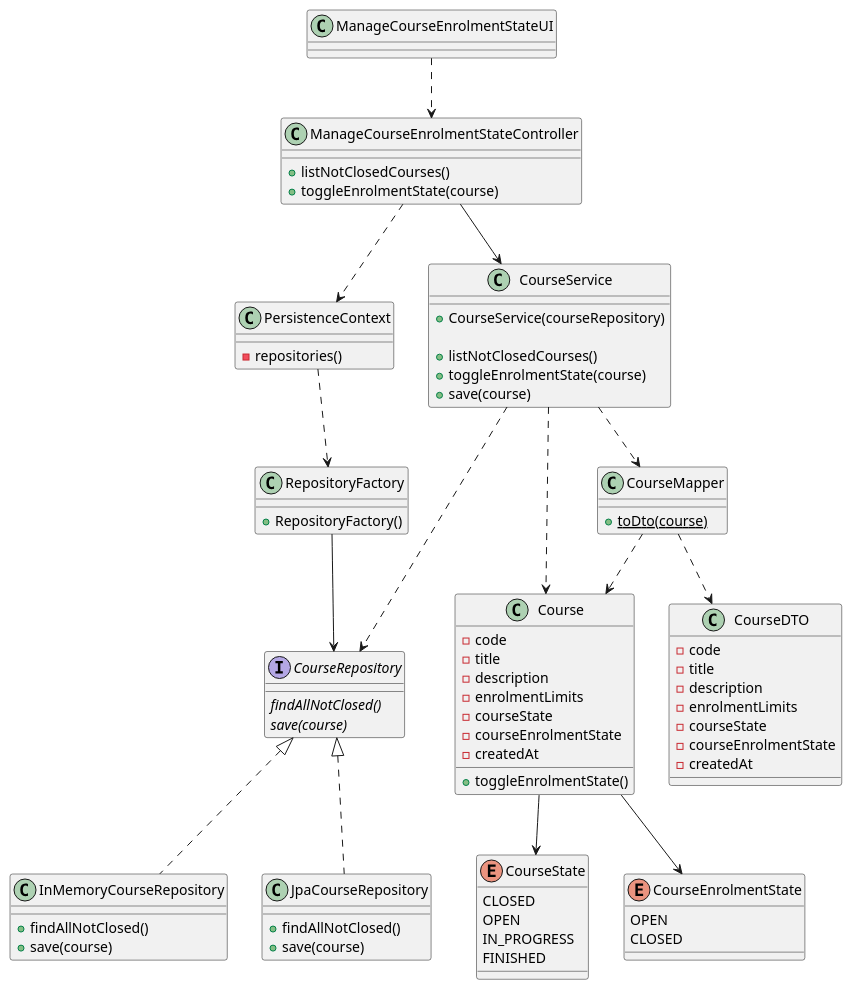
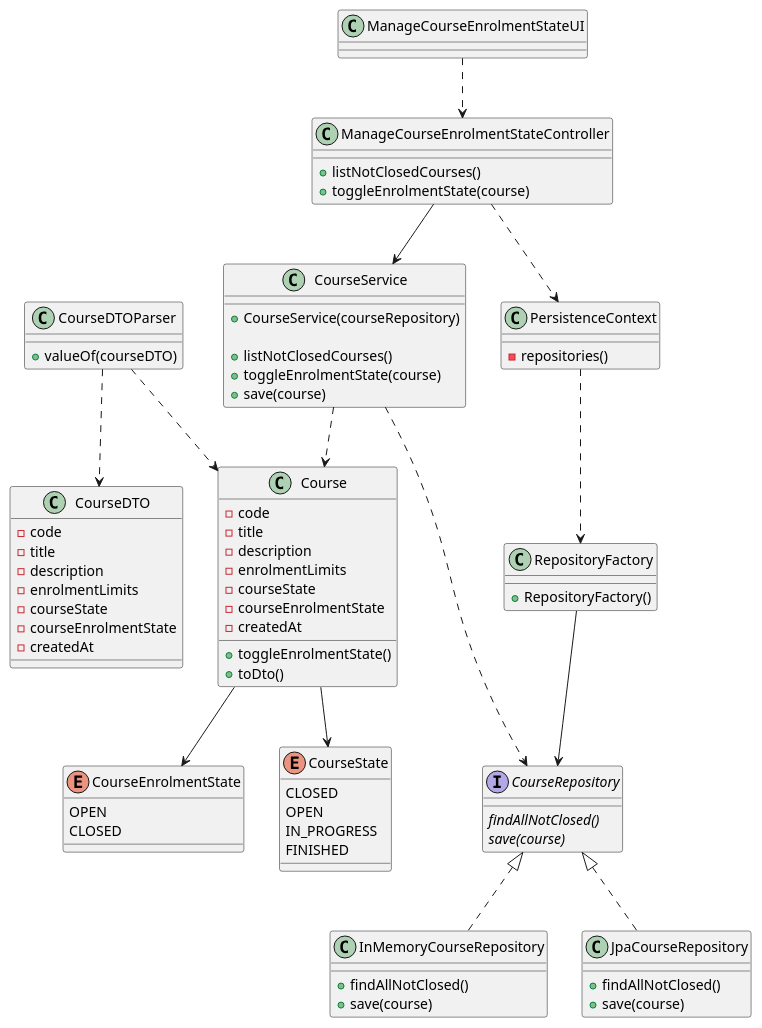
The diagram in docs/sprint-b/us09-1003/US1003_CD.puml (miseEnPlace-dev/lapr4), drawn with PlantUML before and after one commit. The commit also changed 13 other files, not shown here.

```diff
--- a/docs/sprint-b/us09-1003/US1003_CD.puml
+++ b/docs/sprint-b/us09-1003/US1003_CD.puml
@@ -1,98 +1,98 @@
 @startuml US1003_CD
 
 class RepositoryFactory {
   + RepositoryFactory()
 }
 
 interface CourseRepository {
   {abstract} findAllNotClosed()
   {abstract} save(course)
 }
 
 class InMemoryCourseRepository {
   + findAllNotClosed()
   + save(course)
 }
 
 class JpaCourseRepository {
   + findAllNotClosed()
   + save(course)
 }
 
 class PersistenceContext {
   - repositories()
 }
 
 class CourseService {
   + CourseService(courseRepository)
 
   + listNotClosedCourses()
   + toggleEnrolmentState(course)
   + save(course)
 }
 
 class ManageCourseEnrolmentStateUI {}
 
 class ManageCourseEnrolmentStateController {
   + listNotClosedCourses()
   + toggleEnrolmentState(course)
 }
 
 class Course {
   - code
   - title
   - description
   - enrolmentLimits
   - courseState
   - courseEnrolmentState
   - createdAt
 
   + toggleEnrolmentState()
-}
-
-class CourseMapper {
-  + {static} toDto(course)
+  + toDto()
 }
 
 enum CourseState {
   CLOSED
   OPEN
   IN_PROGRESS
   FINISHED
 }
 
 enum CourseEnrolmentState {
   OPEN
   CLOSED
 }
 
 class CourseDTO {
   - code
   - title
   - description
   - enrolmentLimits
   - courseState
   - courseEnrolmentState
   - createdAt
 }
 
+class CourseDTOParser {
+  + valueOf(courseDTO)
+}
+
 ManageCourseEnrolmentStateUI ..> ManageCourseEnrolmentStateController
 ManageCourseEnrolmentStateController ..> PersistenceContext
 ManageCourseEnrolmentStateController --> CourseService
 PersistenceContext ..> RepositoryFactory
 RepositoryFactory --> CourseRepository
 
 CourseService ..> Course
-CourseService ..> CourseMapper
 CourseService ..> CourseRepository
 
-CourseMapper ..> Course
-CourseMapper ..> CourseDTO
+CourseDTOParser ..> CourseDTO
+CourseDTOParser ..> Course
 
 CourseRepository <|.. InMemoryCourseRepository
 CourseRepository <|.. JpaCourseRepository
 
 Course --> CourseState
 Course --> CourseEnrolmentState
 
 @enduml
```
